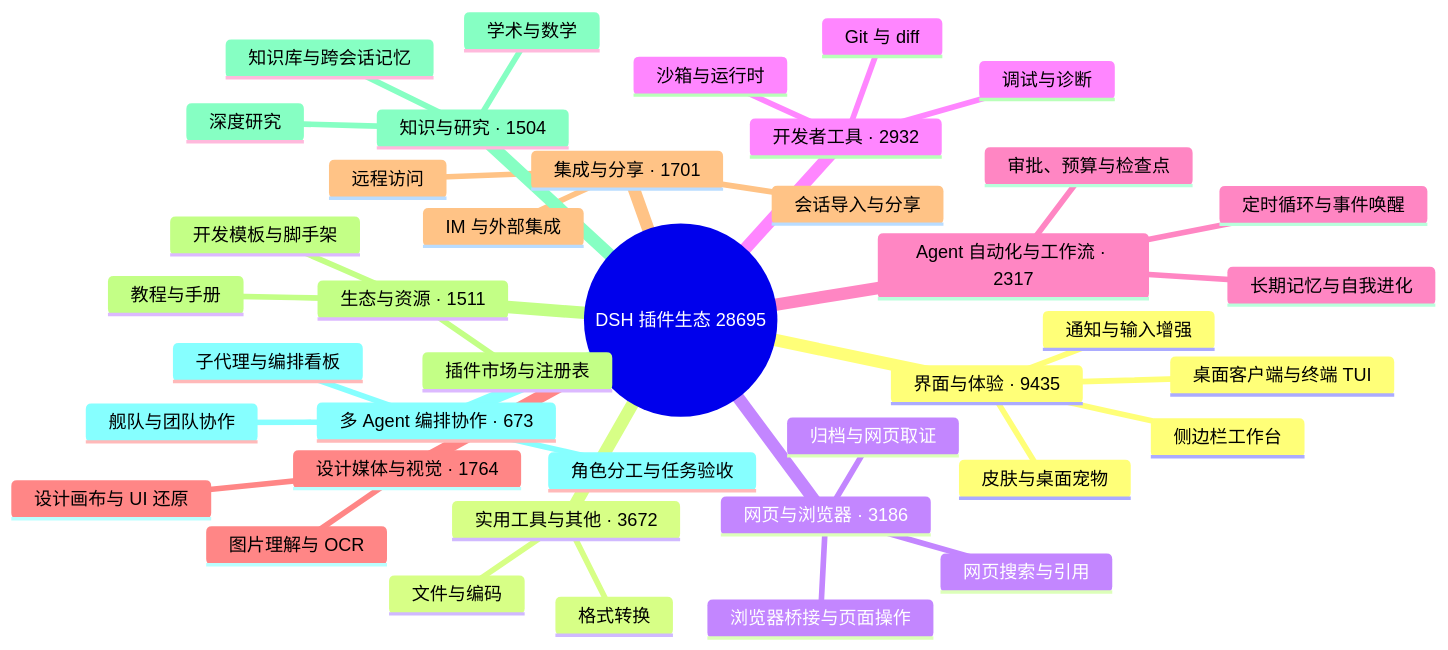
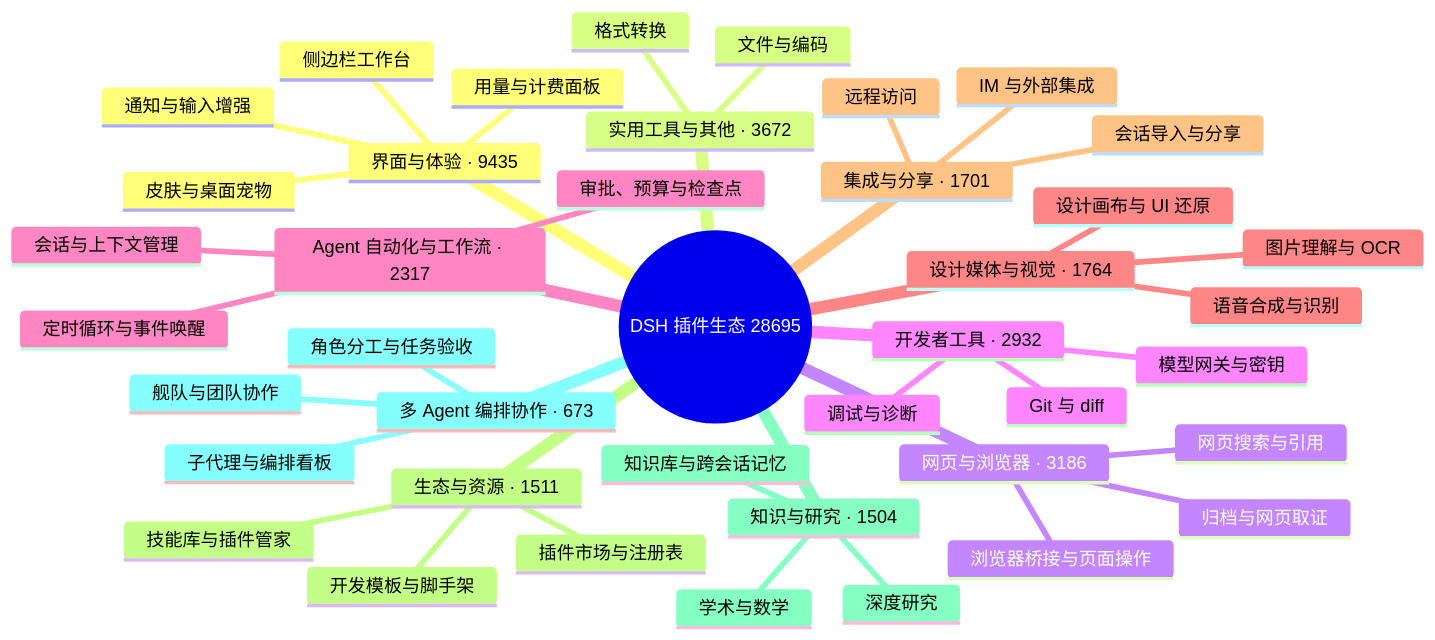
Before and after one commit to bruc3van/awesome-dsh-plugin: the diagram in README.md, drawn with Mermaid. The commit also changed other lines of this file and 4 other files, not shown here.

First line of the commit message:
docs: align the README mindmap bullets with the recalibrated categories

````diff
--- a/README.md
+++ b/README.md
@@ -40,43 +40,44 @@
 ```mermaid
 mindmap
   root((DSH 插件生态 28695))
     界面与体验 · 9435
-      桌面客户端与终端 TUI
+      用量与计费面板
       侧边栏工作台
       皮肤与桌面宠物
       通知与输入增强
     实用工具与其他 · 3672
       文件与编码
       格式转换
     网页与浏览器 · 3186
       浏览器桥接与页面操作
       网页搜索与引用
       归档与网页取证
     开发者工具 · 2932
       Git 与 diff
-      沙箱与运行时
+      模型网关与密钥
       调试与诊断
     Agent 自动化与工作流 · 2317
+      会话与上下文管理
       定时循环与事件唤醒
-      长期记忆与自我进化
       审批、预算与检查点
     设计媒体与视觉 · 1764
       图片理解与 OCR
       设计画布与 UI 还原
+      语音合成与识别
     集成与分享 · 1701
       会话导入与分享
       远程访问
       IM 与外部集成
     生态与资源 · 1511
       插件市场与注册表
+      技能库与插件管家
       开发模板与脚手架
-      教程与手册
     知识与研究 · 1504
       知识库与跨会话记忆
       深度研究
       学术与数学
     多 Agent 编排协作 · 673
       子代理与编排看板
       舰队与团队协作
       角色分工与任务验收
 ```
````
